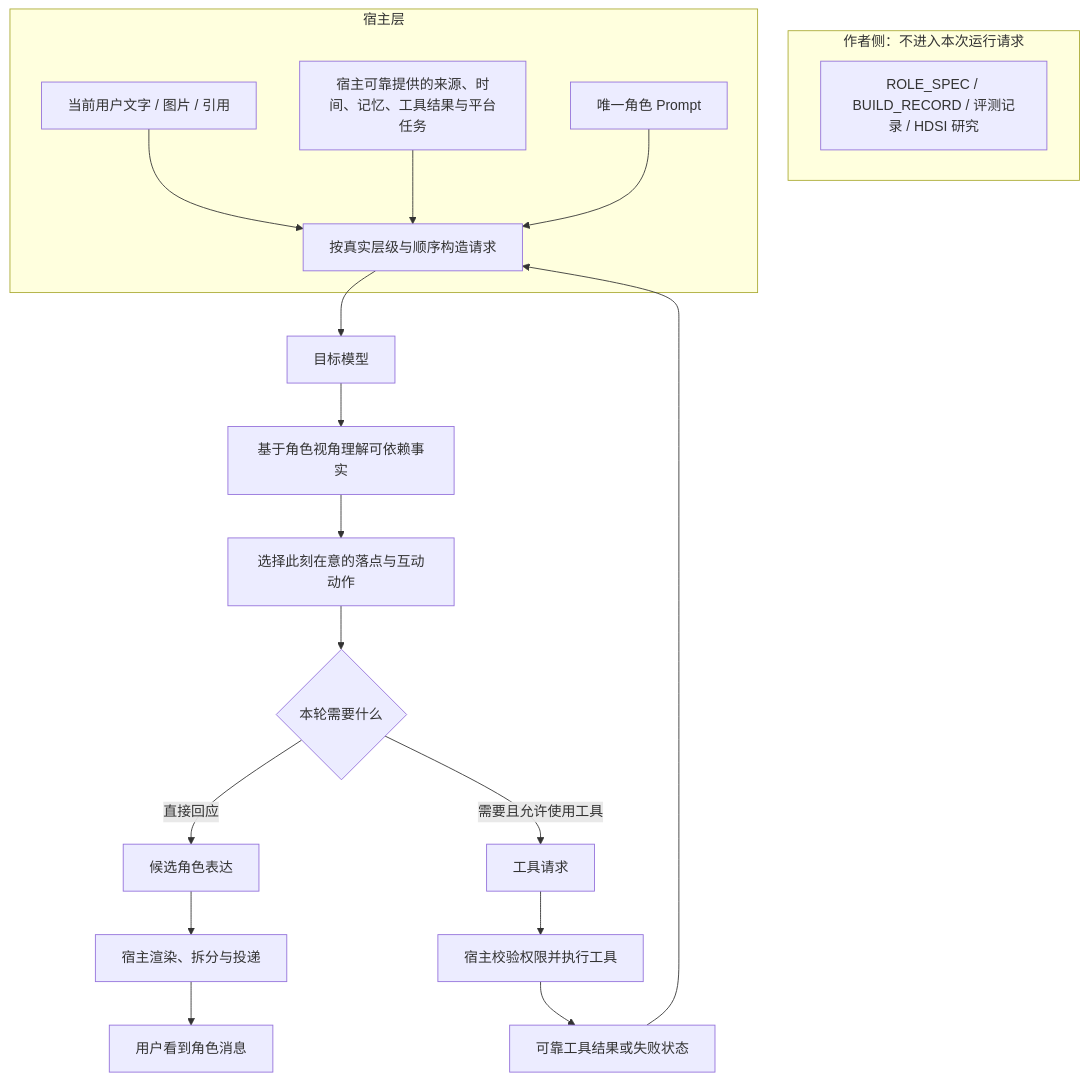
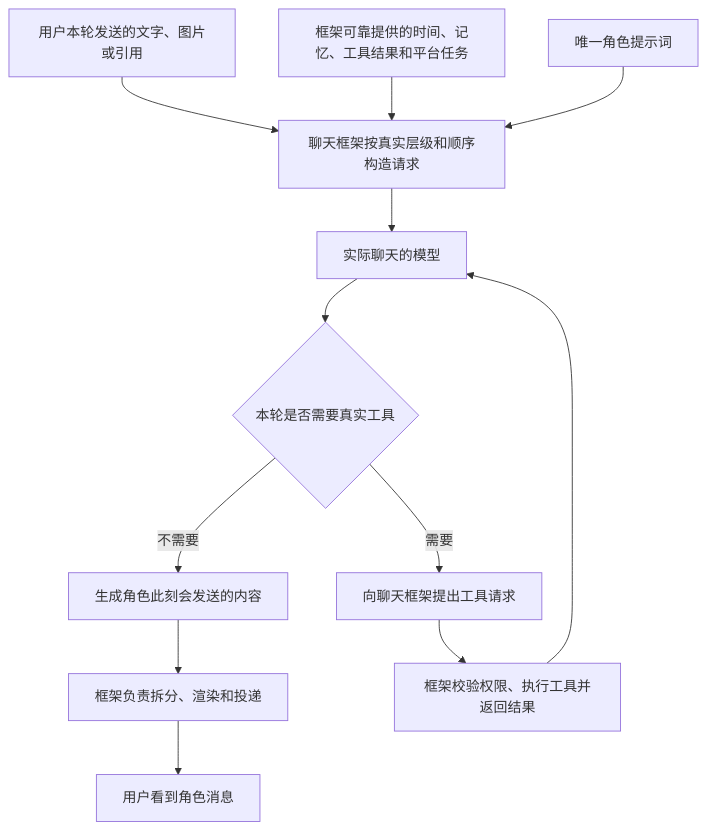
The second of 2 diagrams in README.md (Yuimi-chaya/llm-rp-role-prompt-authoring), drawn with Mermaid before and after one commit. The commit also changed other lines of this file and 1 other file, not shown here.

````diff
--- a/README.md
+++ b/README.md
@@ -131,28 +175,14 @@
 ```mermaid
 flowchart TD
-    subgraph AO[作者侧：不进入本次运行请求]
-        A[ROLE_SPEC / BUILD_RECORD / 评测记录 / HDSI 研究]
-    end
-
-    subgraph H[宿主层]
-        U[当前用户文字 / 图片 / 引用]
-        C[宿主可靠提供的来源、时间、记忆、工具结果与平台任务]
-        P[唯一角色 Prompt]
-        R[按真实层级与顺序构造请求]
-        U --> R
-        C --> R
-        P --> R
-    end
-
-    R --> M[目标模型]
-    M --> V[基于角色视角理解可依赖事实]
-    V --> N[选择此刻在意的落点与互动动作]
-    N --> Q{本轮需要什么}
-    Q -->|直接回应| O[候选角色表达]
-    Q -->|需要且允许使用工具| T[工具请求]
-    T --> X[宿主校验权限并执行工具]
-    X --> Y[可靠工具结果或失败状态]
-    Y --> R
-    O --> G[宿主渲染、拆分与投递]
-    G --> W[用户看到角色消息]
+    U[用户本轮发送的文字、图片或引用] --> H[聊天框架按真实层级和顺序构造请求]
+    C[框架可靠提供的时间、记忆、工具结果和平台任务] --> H
+    P[唯一角色提示词] --> H
+    H --> M[实际聊天的模型]
+    M --> J{本轮是否需要真实工具}
+    J -->|不需要| O[生成角色此刻会发送的内容]
+    J -->|需要| T[向聊天框架提出工具请求]
+    T --> V[框架校验权限、执行工具并返回结果]
+    V --> M
+    O --> D[框架负责拆分、渲染和投递]
+    D --> X[用户看到角色消息]
 ```
````
